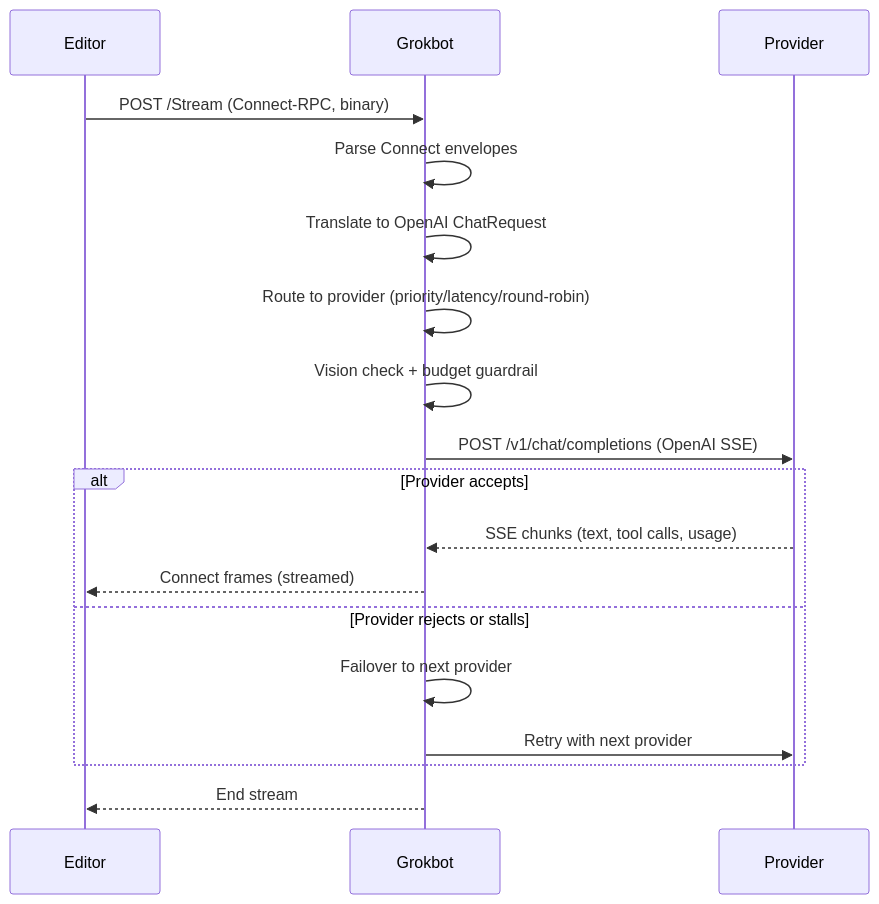
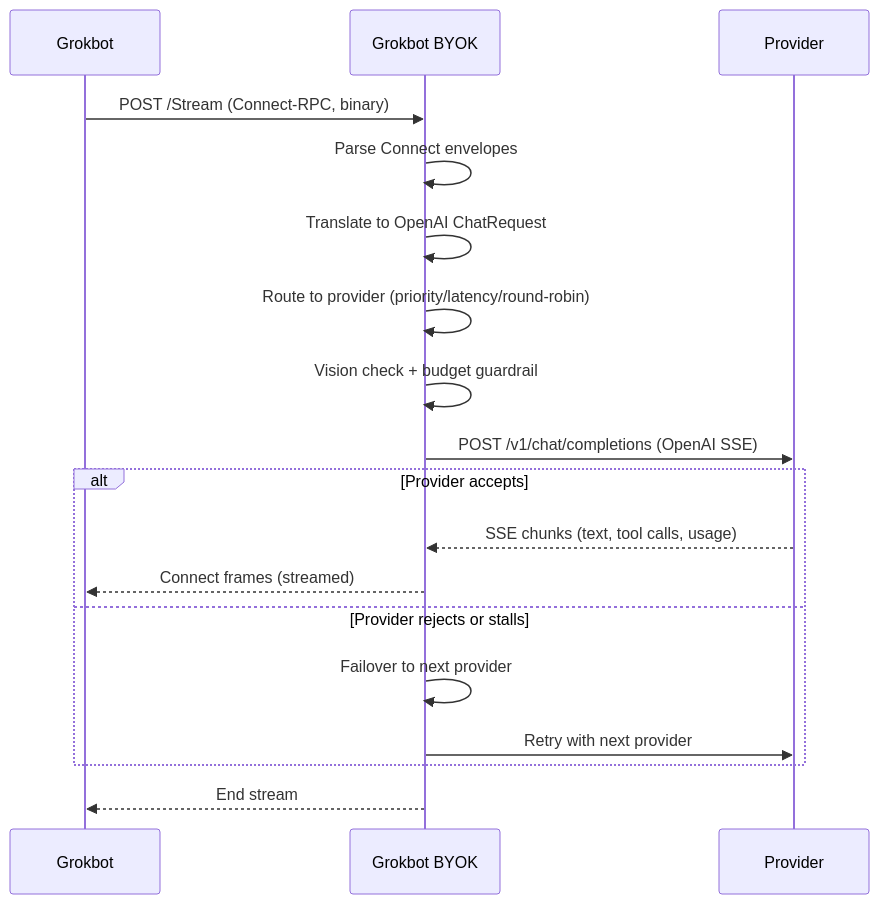
Before and after one commit to jroth1111/grokbot-BYOK: the second of 3 diagrams in README.md, drawn with Mermaid. The commit also changed other lines of this file, not shown here.

First line of the commit message:
Clarify Grokbot (editor) vs Grokbot BYOK (this project) throughout README

````diff
--- a/README.md
+++ b/README.md
@@ -162,21 +162,21 @@
 ```mermaid
 sequenceDiagram
-    participant C as Editor
-    participant S as Grokbot
+    participant C as Grokbot
+    participant S as Grokbot BYOK
     participant P as Provider
 
     C->>S: POST /Stream (Connect-RPC, binary)
     S->>S: Parse Connect envelopes
     S->>S: Translate to OpenAI ChatRequest
     S->>S: Route to provider (priority/latency/round-robin)
     S->>S: Vision check + budget guardrail
     S->>P: POST /v1/chat/completions (OpenAI SSE)
     alt Provider accepts
         P-->>S: SSE chunks (text, tool calls, usage)
         S-->>C: Connect frames (streamed)
     else Provider rejects or stalls
         S->>S: Failover to next provider
         S->>P: Retry with next provider
     end
     S-->>C: End stream
 ```
````
